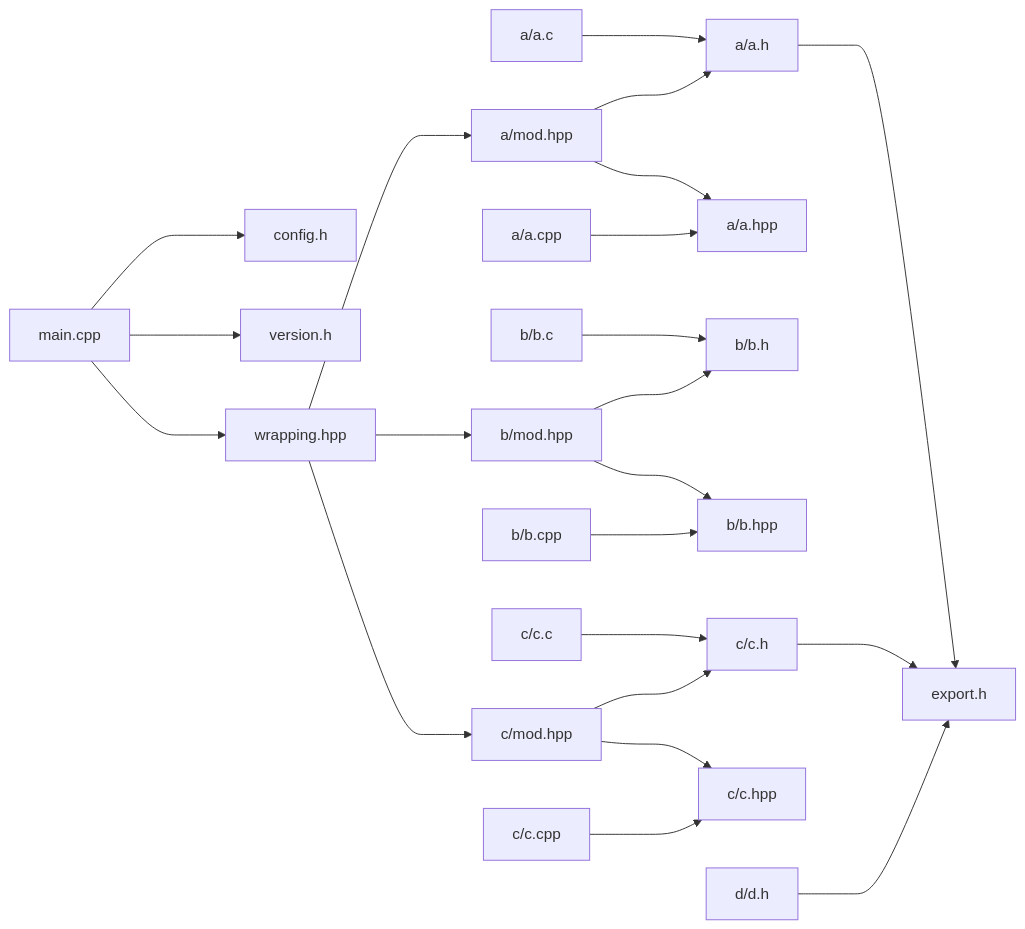
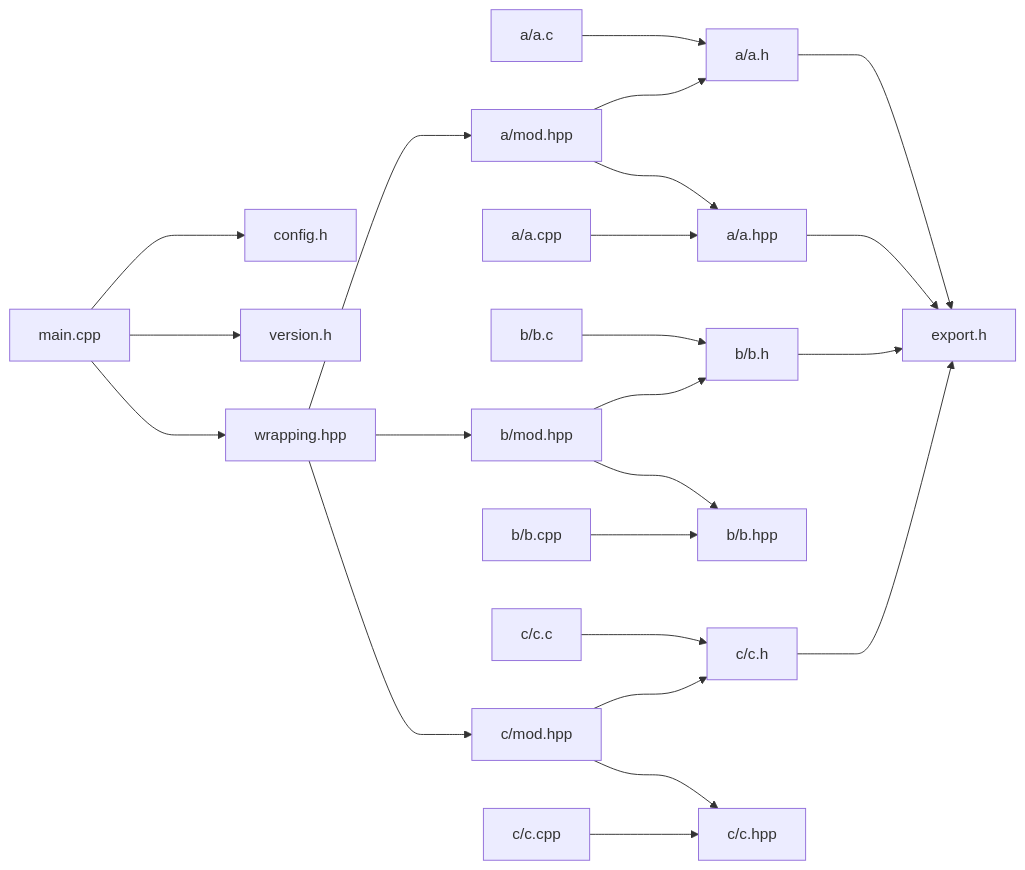
The diagram in test_c_cpp.md (ascpkg/asc), drawn with Mermaid before and after one commit. The commit also changed 16 other files, not shown here.

````diff
--- a/test_c_cpp.md
+++ b/test_c_cpp.md
@@ -1,24 +1,25 @@
 ```mermaid
 flowchart LR;
     main.cpp ---> config.h;
     main.cpp ---> version.h;
     a/a.c ---> a/a.h;
     a/mod.hpp ---> a/a.h;
     a/a.cpp ---> a/a.hpp;
     a/mod.hpp ---> a/a.hpp;
     wrapping.hpp ---> a/mod.hpp;
     b/b.c ---> b/b.h;
     b/mod.hpp ---> b/b.h;
     b/b.cpp ---> b/b.hpp;
     b/mod.hpp ---> b/b.hpp;
     wrapping.hpp ---> b/mod.hpp;
     c/c.c ---> c/c.h;
     c/mod.hpp ---> c/c.h;
     c/c.cpp ---> c/c.hpp;
     c/mod.hpp ---> c/c.hpp;
     wrapping.hpp ---> c/mod.hpp;
     a/a.h ---> export.h;
+    a/a.hpp ---> export.h;
+    b/b.h ---> export.h;
     c/c.h ---> export.h;
-    d/d.h ---> export.h;
     main.cpp ---> wrapping.hpp;
 ```
````
